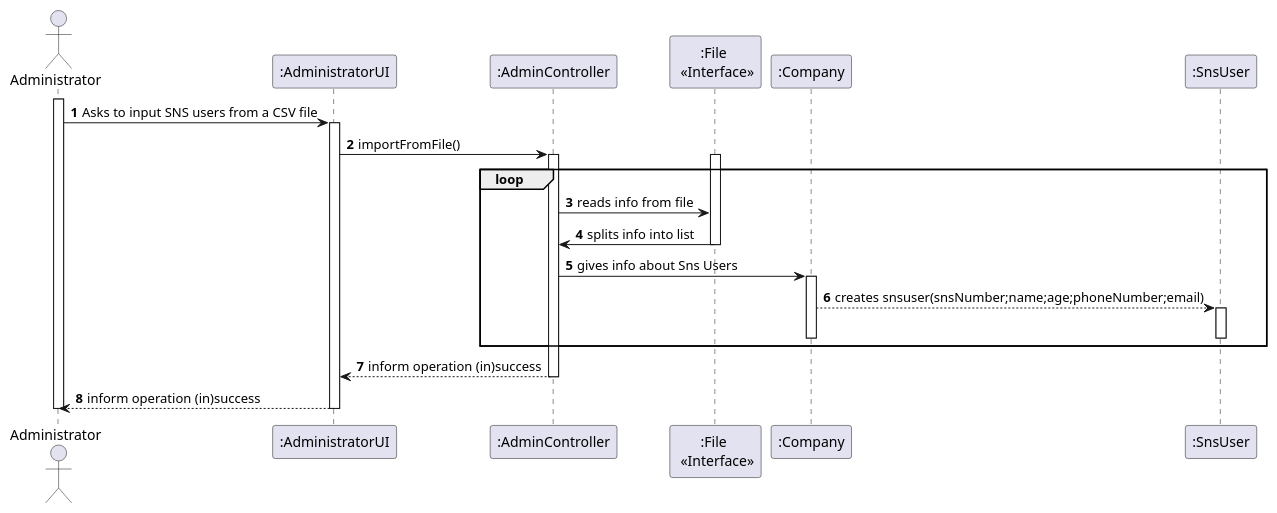
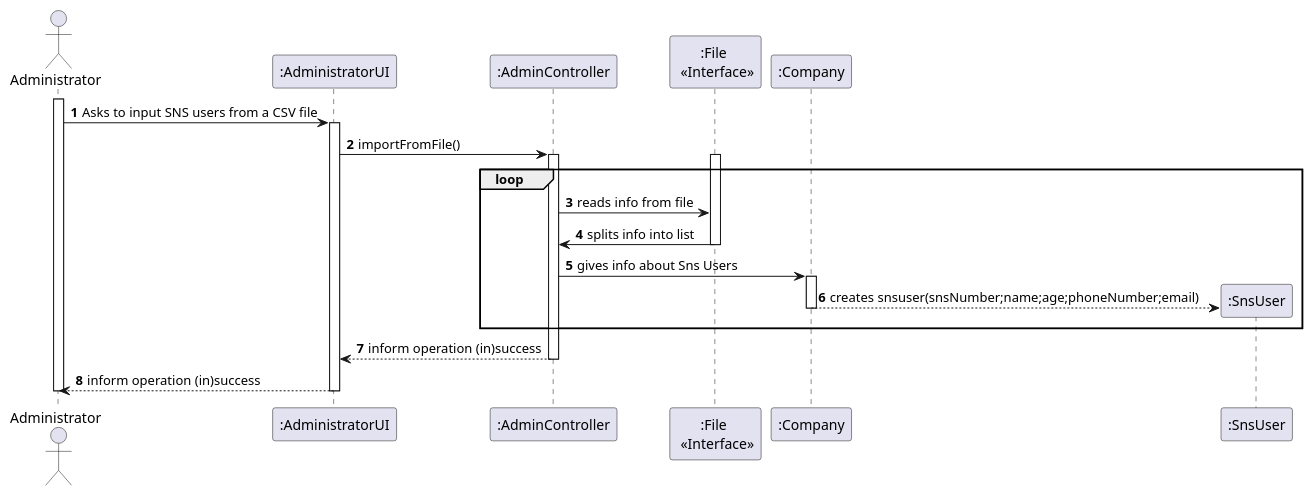
The diagram in docs/SprintC/US14/US14_SD.puml (Norton1337/LAPR2_2122), drawn with PlantUML before and after one commit. The commit also changed 1 other file, not shown here.

Commit message:
activate user

```diff
--- a/docs/SprintC/US14/US14_SD.puml
+++ b/docs/SprintC/US14/US14_SD.puml
@@ -1,38 +1,37 @@
 @startuml
 autonumber
 
 actor "Administrator" as ADM
 
 participant ":AdministratorUI" as UI
 participant ":AdminController" as CTRL
 participant ":File \n <<Interface>>" as FILE
 participant ":Company" as ORG
 participant ":SnsUser" as USER
 
 
 activate ADM
 ADM -> UI :Asks to input SNS users from a CSV file
 activate UI
 UI -> CTRL: importFromFile()
 activate CTRL
  loop
 activate FILE
 CTRL -> FILE: reads info from file
 FILE -> CTRL: splits info into list
 deactivate FILE
 CTRL -> ORG: gives info about Sns Users
 activate ORG
-ORG --> USER:creates snsuser(snsNumber;name;age;phoneNumber;email)
-activate USER
-deactivate USER
+ORG --> USER**:creates snsuser(snsNumber;name;age;phoneNumber;email)
+
 deactivate ORG
 end loop
 CTRL --> UI: inform operation (in)success
 deactivate CTRL
 UI --> ADM: inform operation (in)success
 deactivate UI
 
 deactivate ADM
 
 
 @enduml
```
